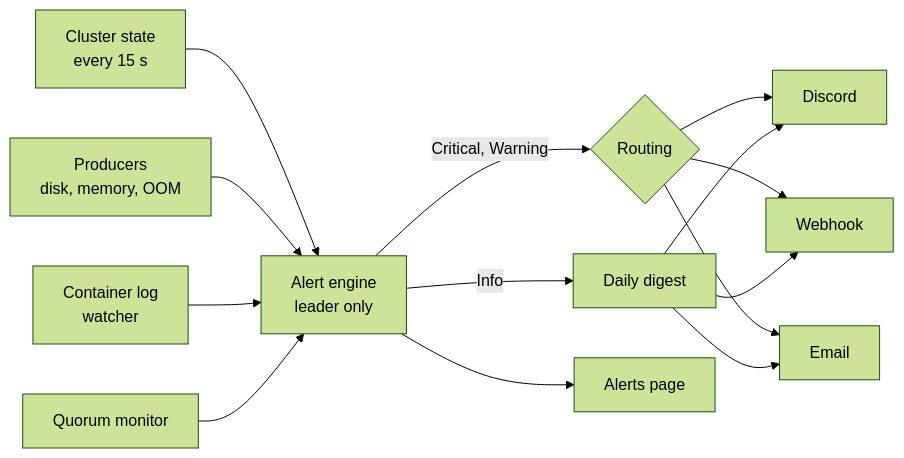
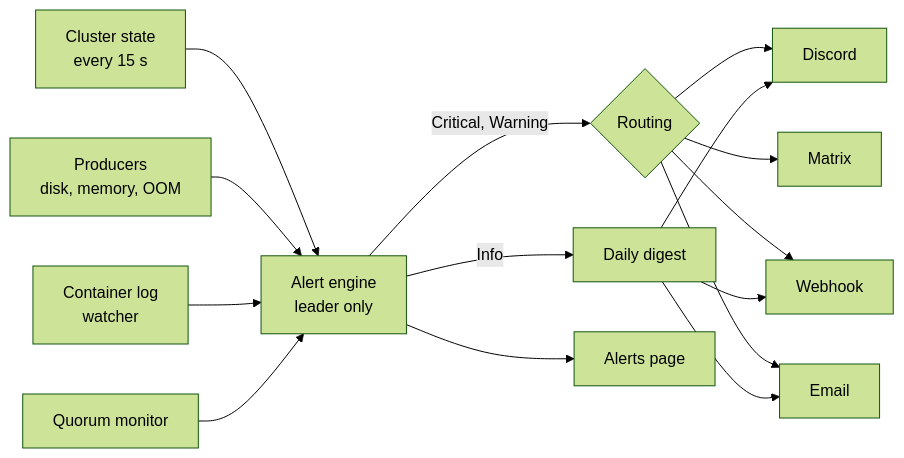
One commit to LiteApplication/clouduler changed the diagram in docs/content/features/alerts.mdx. Above: the diagram before and after it, drawn with Mermaid (forest theme). The commit also changed other lines of this file and 21 other files, not shown here.

````diff
--- a/docs/content/features/alerts.mdx
+++ b/docs/content/features/alerts.mdx
@@ -14,16 +14,17 @@
 ```mermaid
 flowchart LR
   A[Cluster state<br/>every 15 s] --> E[Alert engine<br/>leader only]
   B[Producers<br/>disk, memory, OOM] --> E
   C[Container log<br/>watcher] --> E
   D[Quorum monitor] --> E
   E -->|Critical, Warning| R{Routing}
   E -->|Info| G[Daily digest]
   R --> X[Discord]
+  R --> M[Matrix]
   R --> Y[Webhook]
   R --> Z[Email]
   G --> X
   G --> Y
   G --> Z
   E --> UI[Alerts page]
 ```
````
